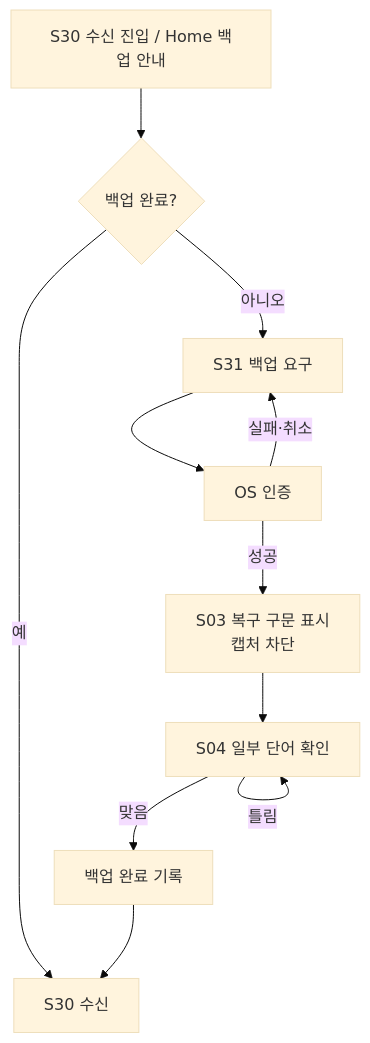
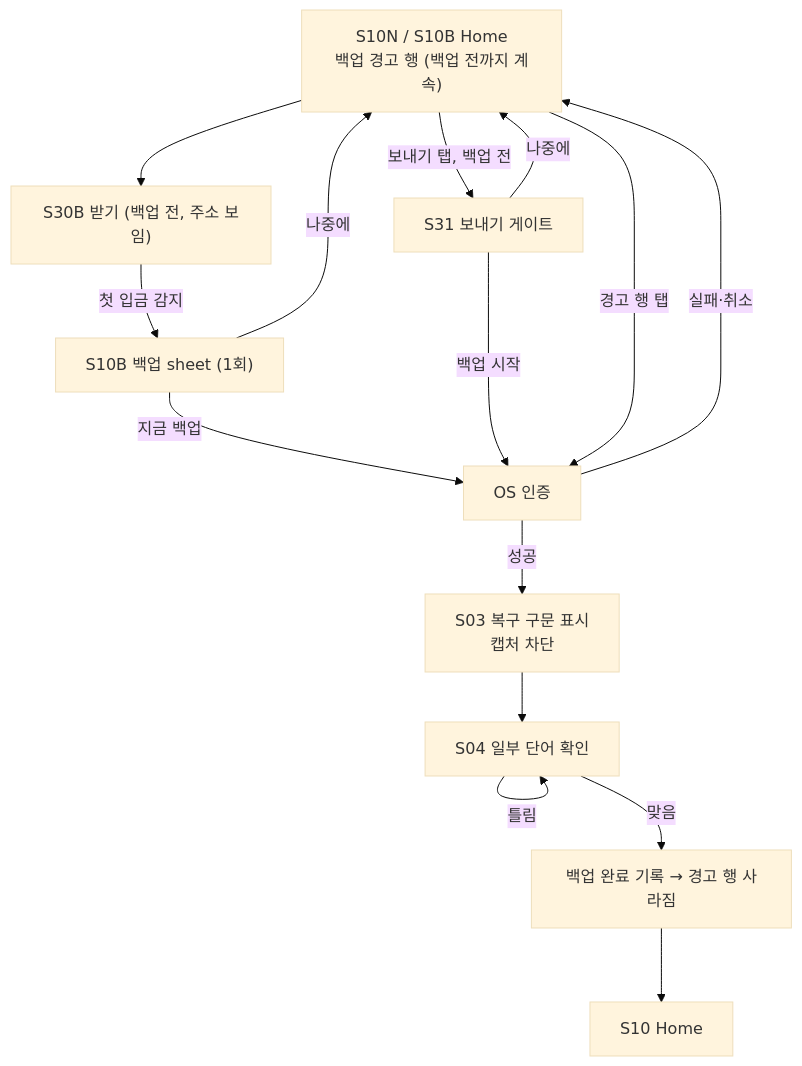
Before and after one commit to HyeokjaeChoi/vaultme: the second of 4 diagrams in outputs/design/ux-flow.md, drawn with Mermaid (base theme). The commit also changed other lines of this file and 6 other files, not shown here.

````diff
--- a/outputs/design/ux-flow.md
+++ b/outputs/design/ux-flow.md
@@ -72,12 +74,16 @@
 ```mermaid
 flowchart TD
-  Entry["S30 수신 진입 / Home 백업 안내"] --> Check{"백업 완료?"}
-  Check -->|예| S30["S30 수신"]
-  Check -->|아니오| S31["S31 백업 요구"]
-  S31 --> Auth["OS 인증"]
-  Auth -->|실패·취소| S31
+  Home["S10N / S10B Home<br/>백업 경고 행 (백업 전까지 계속)"] --> Rcv["S30B 받기 (백업 전, 주소 보임)"]
+  Rcv -->|첫 입금 감지| Dep["S10B 백업 sheet (1회)"]
+  Dep -->|지금 백업| Auth["OS 인증"]
+  Dep -->|나중에| Home
+  Home -->|보내기 탭, 백업 전| S31["S31 보내기 게이트"]
+  S31 -->|백업 시작| Auth
+  S31 -->|나중에| Home
+  Home -->|경고 행 탭| Auth
+  Auth -->|실패·취소| Home
   Auth -->|성공| S03["S03 복구 구문 표시<br/>캡처 차단"]
   S03 --> S04["S04 일부 단어 확인"]
   S04 -->|틀림| S04
-  S04 -->|맞음| Done["백업 완료 기록"] --> S30
+  S04 -->|맞음| Done["백업 완료 기록 → 경고 행 사라짐"] --> S10["S10 Home"]
 ```
````
